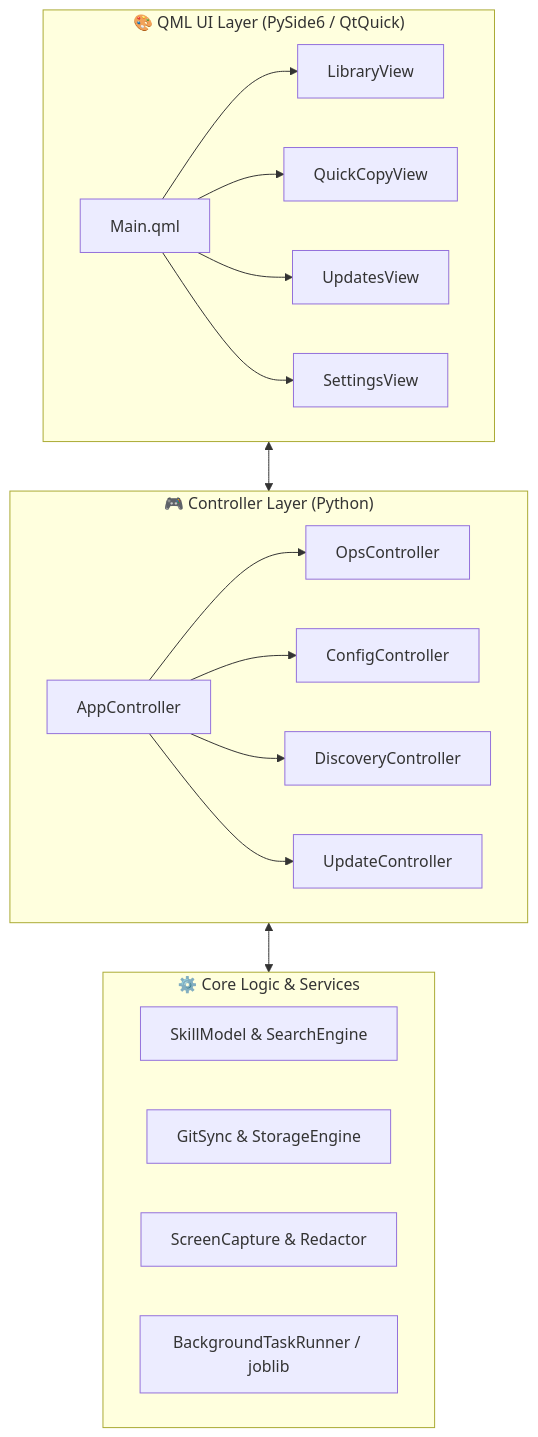
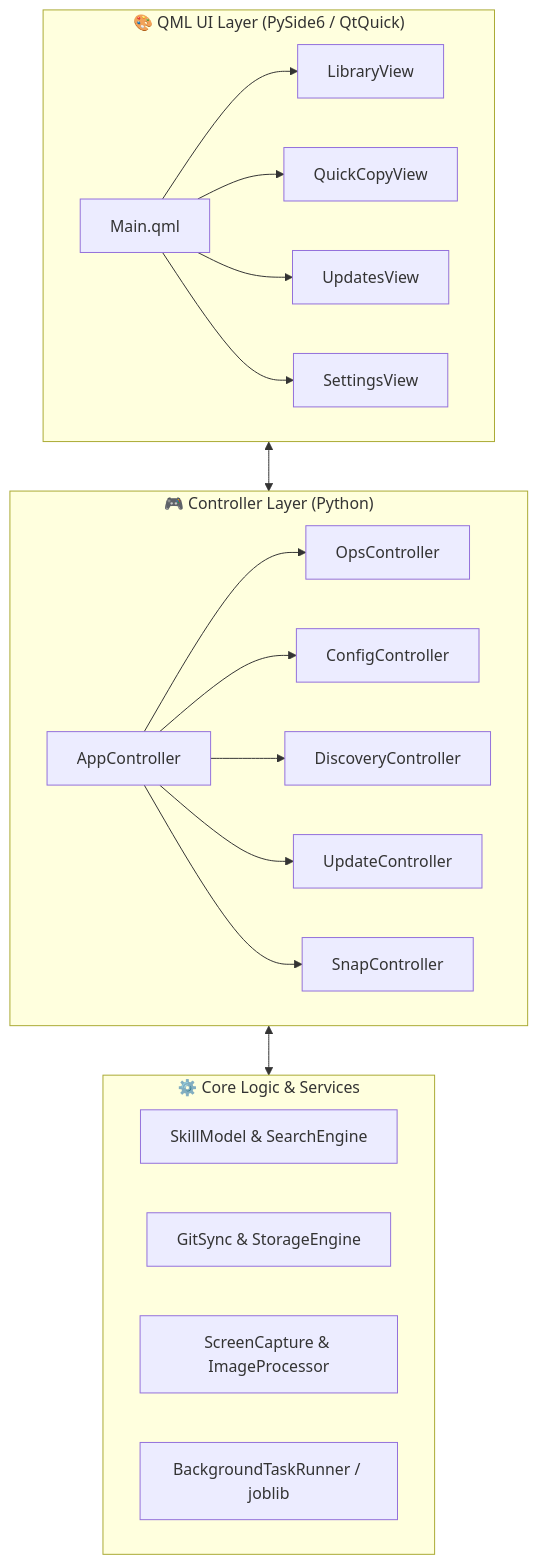
The third of 3 diagrams in README.md (dishanagalawatta/SkillManager), drawn with Mermaid before and after one commit. The commit also changed other lines of this file, not shown here.

````diff
--- a/README.md
+++ b/README.md
@@ -246,27 +266,28 @@
 ```mermaid
 flowchart TD
     subgraph UI ["🎨 QML UI Layer (PySide6 / QtQuick)"]
         A[Main.qml] --> B[LibraryView]
         A --> C[QuickCopyView]
         A --> D[UpdatesView]
         A --> E[SettingsView]
     end
 
     subgraph Controllers ["🎮 Controller Layer (Python)"]
         F[AppController]
         F --> G[OpsController]
         F --> H[ConfigController]
         F --> I[DiscoveryController]
         F --> J[UpdateController]
+        F --> K[SnapController]
     end
 
     subgraph Core ["⚙️ Core Logic & Services"]
-        K[SkillModel & SearchEngine]
-        L[GitSync & StorageEngine]
-        M[ScreenCapture & Redactor]
-        N[BackgroundTaskRunner / joblib]
+        L[SkillModel & SearchEngine]
+        M[GitSync & StorageEngine]
+        N[ScreenCapture & ImageProcessor]
+        O[BackgroundTaskRunner / joblib]
     end
 
     UI <--> Controllers
     Controllers <--> Core
 ```
````
